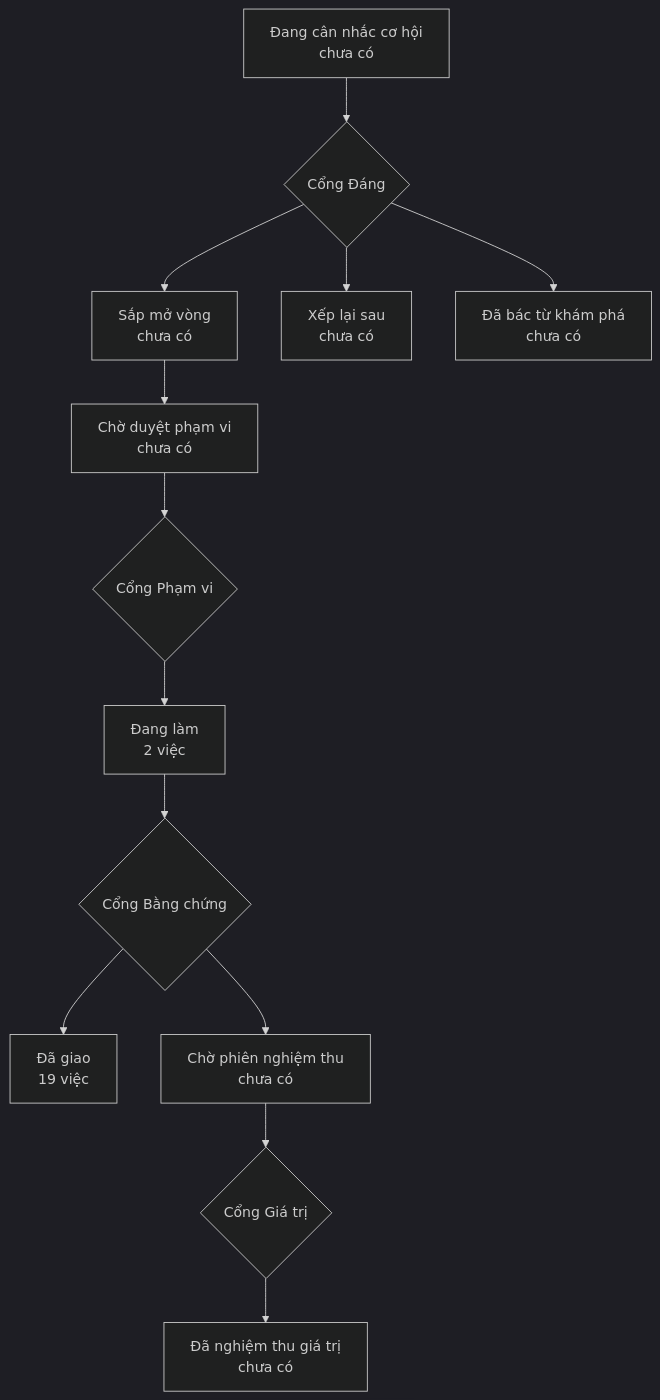
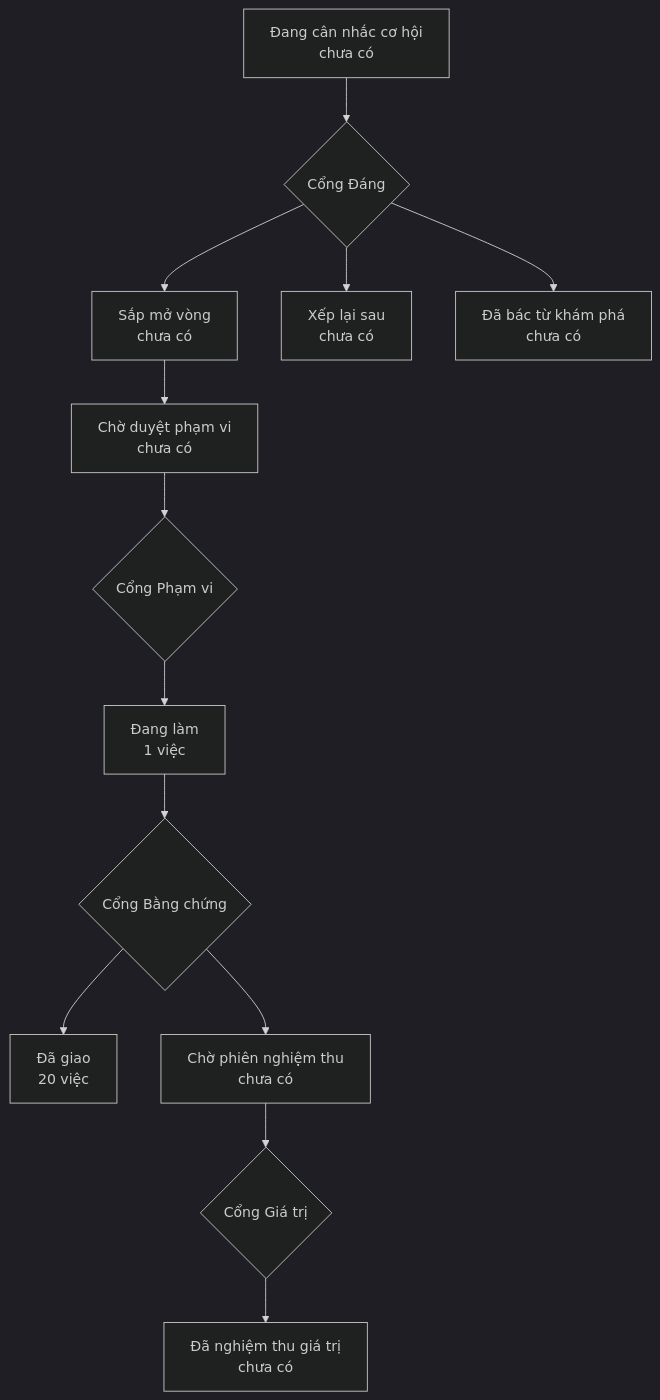
The diagram in PRODUCT-MAP.md (phanlemanh/acceptance-gate-kit), drawn with Mermaid (dark theme) before and after one commit.

Commit message:
chore: vẽ lại PRODUCT-MAP sau chữ ký Cổng 2 delta-verify-repin (quy ước: bản đồ đi kèm trạng thái mới)

````diff
--- a/PRODUCT-MAP.md
+++ b/PRODUCT-MAP.md
@@ -6,12 +6,12 @@
 ```mermaid
 flowchart TD
   A["Đang cân nhắc cơ hội<br/>chưa có"] --> GD{"Cổng Đáng"}
   GD --> B["Sắp mở vòng<br/>chưa có"]
   GD --> XL["Xếp lại sau<br/>chưa có"]
   GD --> DB["Đã bác từ khám phá<br/>chưa có"]
   B --> CD["Chờ duyệt phạm vi<br/>chưa có"] --> GP{"Cổng Phạm vi"}
-  GP --> DL["Đang làm<br/>2 việc"] --> GB{"Cổng Bằng chứng"}
-  GB --> DG["Đã giao<br/>19 việc"]
+  GP --> DL["Đang làm<br/>1 việc"] --> GB{"Cổng Bằng chứng"}
+  GB --> DG["Đã giao<br/>20 việc"]
   GB --> CN["Chờ phiên nghiệm thu<br/>chưa có"] --> GG{"Cổng Giá trị"}
   GG --> NT["Đã nghiệm thu giá trị<br/>chưa có"]
 ```
````
